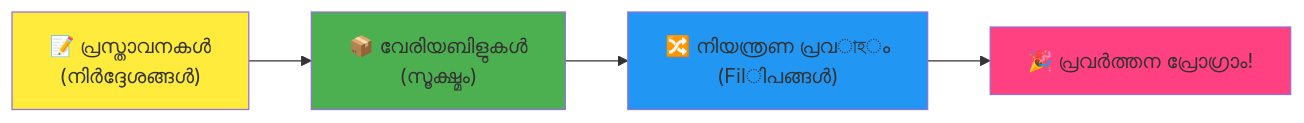
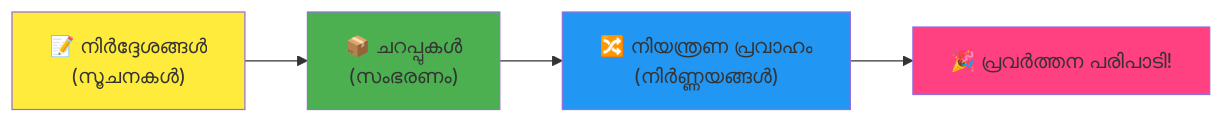
One commit to microsoft/Web-Dev-For-Beginners changed the fourth of 7 diagrams in translations/ml/1-getting-started-lessons/1-intro-to-programming-languages/README.md. Above: the diagram before and after it, drawn with Mermaid. The commit also changed other lines of this file and 8 other files, not shown here.

````diff
--- a/translations/ml/1-getting-started-lessons/1-intro-to-programming-languages/README.md
+++ b/translations/ml/1-getting-started-lessons/1-intro-to-programming-languages/README.md
@@ -469,9 +466,9 @@
 ```mermaid
 flowchart LR
-    A["📝 പ്രസ്താവനകൾ<br/>(നിർദ്ദേശങ്ങൾ)"] --> B["📦 വേരിയബിളുകൾ<br/>(സൂക്ഷ്മം)"] --> C["🔀 നിയന്ത്രണ പ്രവাহം<br/>(Filിപങ്ങൾ)"] --> D["🎉 പ്രവർത്തന പ്രോഗ്രാം!"]
+    A["📝 നിർദ്ദേശങ്ങൾ<br/>(സൂചനകൾ)"] --> B["📦 ചറപ്പുകൾ<br/>(സംഭരണം)"] --> C["🔀 നിയന്ത്രണ പ്രവാഹം<br/>(നിർണ്ണയങ്ങൾ)"] --> D["🎉 പ്രവർത്തന പരിപാടി!"]
     
     style A fill:#ffeb3b
     style B fill:#4caf50
     style C fill:#2196f3
     style D fill:#ff4081
 ```  
````
